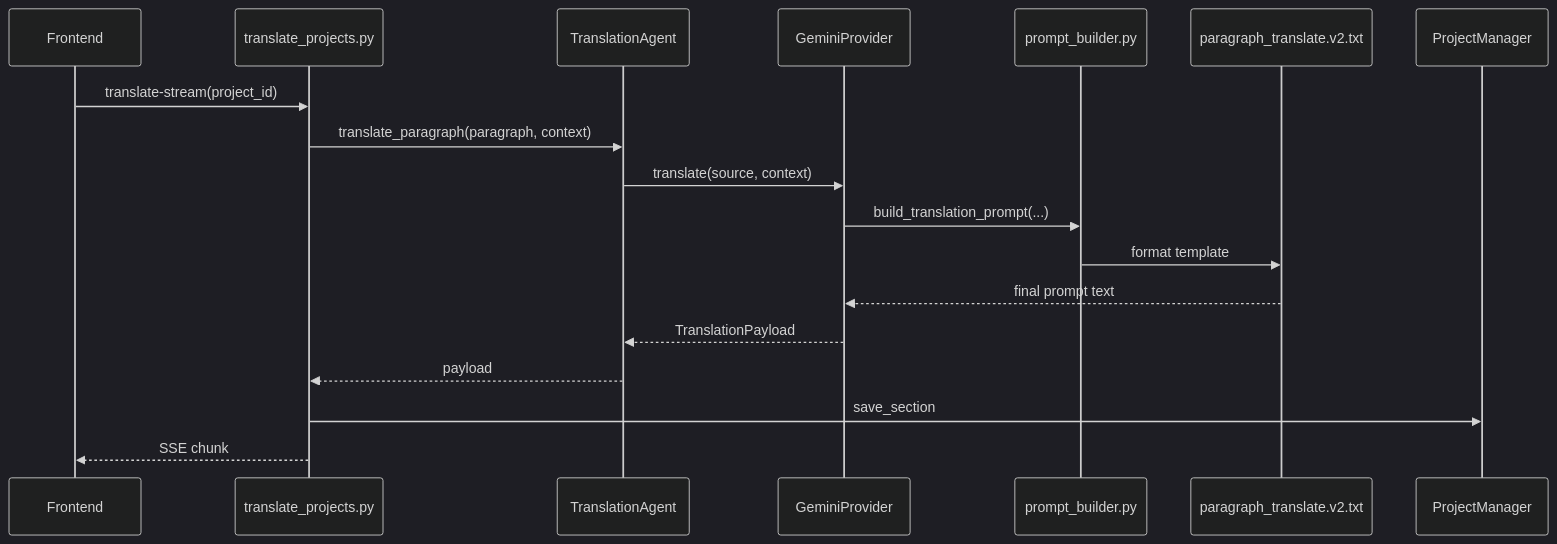
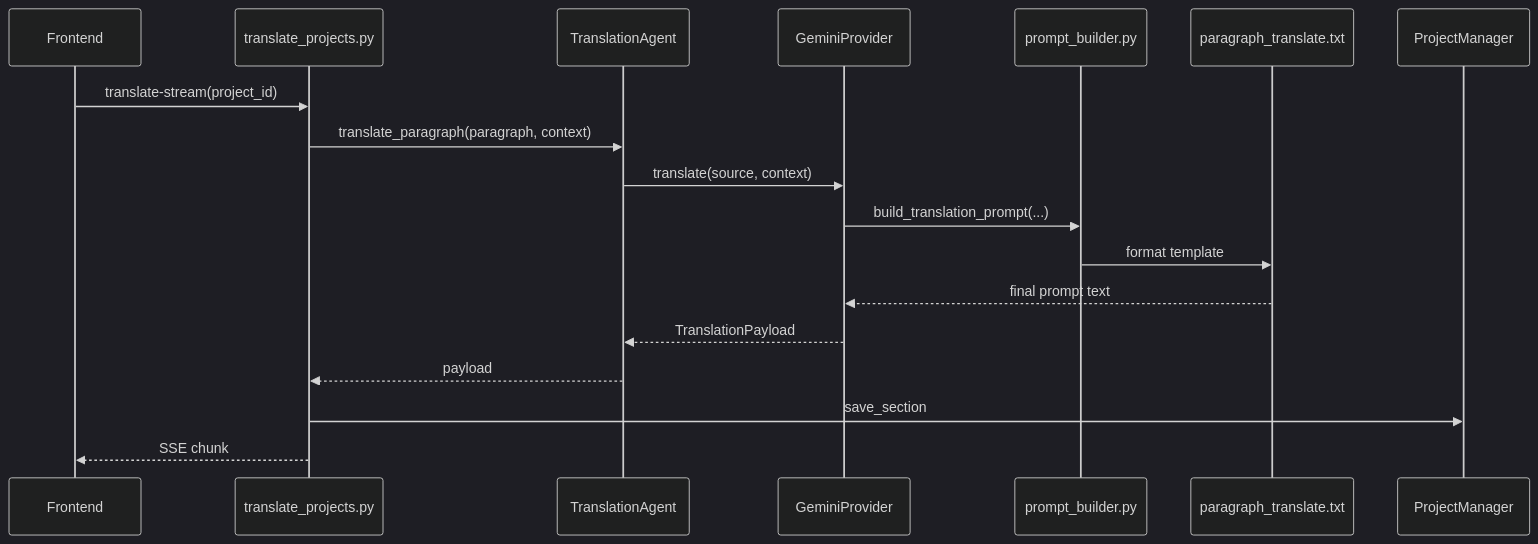
The fourth of 11 diagrams in docs/长文翻译链路.md (zzxxww01/translation-web), drawn with Mermaid (dark theme) before and after one commit. The commit also changed other lines of this file and 174 other files, not shown here.

````diff
--- a/docs/长文翻译链路.md
+++ b/docs/长文翻译链路.md
@@ -187,21 +185,21 @@
 ```mermaid
 sequenceDiagram
     participant UI as Frontend
     participant Router as translate_projects.py
     participant Agent as TranslationAgent
     participant LLM as GeminiProvider
     participant Builder as prompt_builder.py
-    participant Prompt as paragraph_translate.v2.txt
+    participant Prompt as paragraph_translate.txt
     participant PM as ProjectManager
 
     UI->>Router: translate-stream(project_id)
     Router->>Agent: translate_paragraph(paragraph, context)
     Agent->>LLM: translate(source, context)
     LLM->>Builder: build_translation_prompt(...)
     Builder->>Prompt: format template
     Prompt-->>LLM: final prompt text
     LLM-->>Agent: TranslationPayload
     Agent-->>Router: payload
     Router->>PM: save_section
     Router-->>UI: SSE chunk
 ```
````
